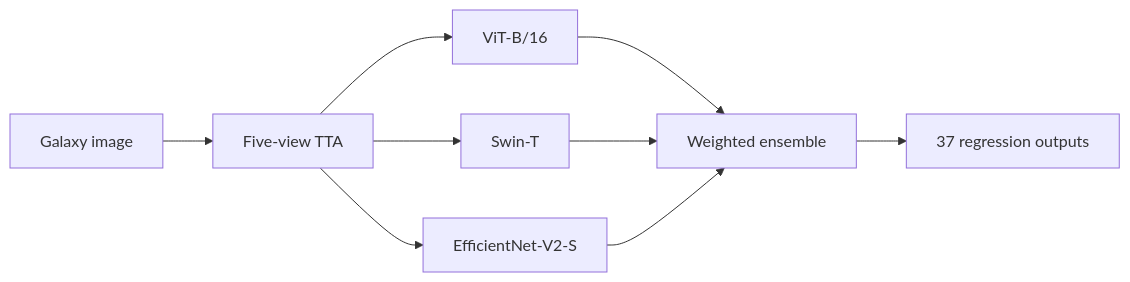
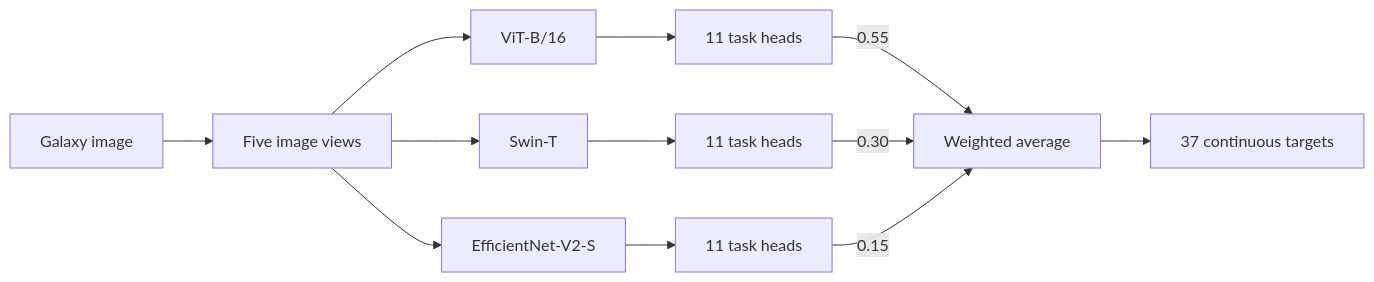
One commit to AL1ghtm3ter/galaxy-morphology-ensemble changed the diagram in README.md. Above: the diagram before and after it, drawn with Mermaid. The commit also changed other lines of this file and 23 other files, not shown here.

````diff
--- a/README.md
+++ b/README.md
@@ -15,11 +28,14 @@
 ```mermaid
 flowchart LR
-    A[Galaxy image] --> T[Five-view TTA]
+    A[Galaxy image] --> T[Five image views]
     T --> V[ViT-B/16]
     T --> S[Swin-T]
     T --> C[EfficientNet-V2-S]
-    V --> E[Weighted ensemble]
-    S --> E
-    C --> E
-    E --> R[37 regression outputs]
+    V --> H1[11 task heads]
+    S --> H2[11 task heads]
+    C --> H3[11 task heads]
+    H1 -->|0.55| E[Weighted average]
+    H2 -->|0.30| E
+    H3 -->|0.15| E
+    E --> R[37 continuous targets]
 ```
````
